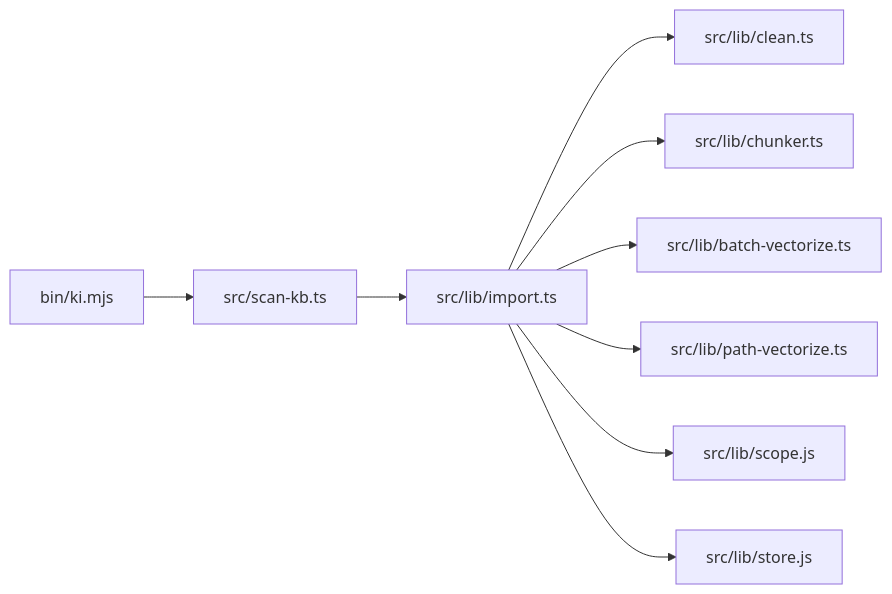
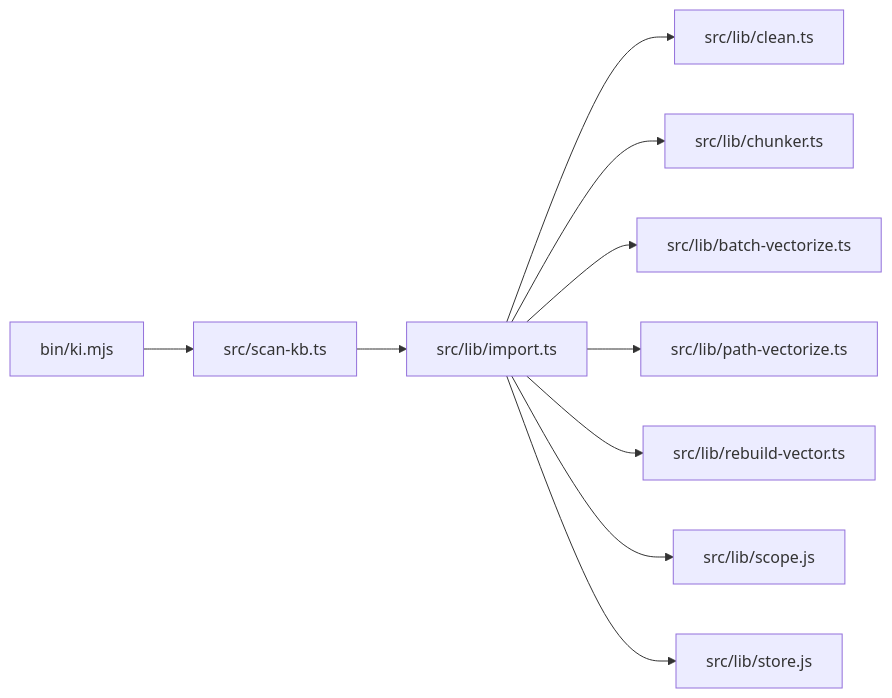
One commit to HACK-WU/kisearch changed the fifth of 5 diagrams in .qoder/repowiki/zh/content/知识库管理/知识库导入.md. Above: the diagram before and after it, drawn with Mermaid. The commit also changed other lines of this file and 303 other files, not shown here.

````diff
--- a/.qoder/repowiki/zh/content/知识库管理/知识库导入.md
+++ b/.qoder/repowiki/zh/content/知识库管理/知识库导入.md
@@ -275,11 +318,12 @@
 ```mermaid
 graph LR
 CLI["bin/ki.mjs"] --> SCAN["src/scan-kb.ts"]
 SCAN --> IMP["src/lib/import.ts"]
 IMP --> CLN["src/lib/clean.ts"]
 IMP --> CHK["src/lib/chunker.ts"]
 IMP --> VEC["src/lib/batch-vectorize.ts"]
 IMP --> PVE["src/lib/path-vectorize.ts"]
+IMP --> REB["src/lib/rebuild-vector.ts"]
 IMP --> SCO["src/lib/scope.js"]
 IMP --> STORE["src/lib/store.js"]
 ```
````
